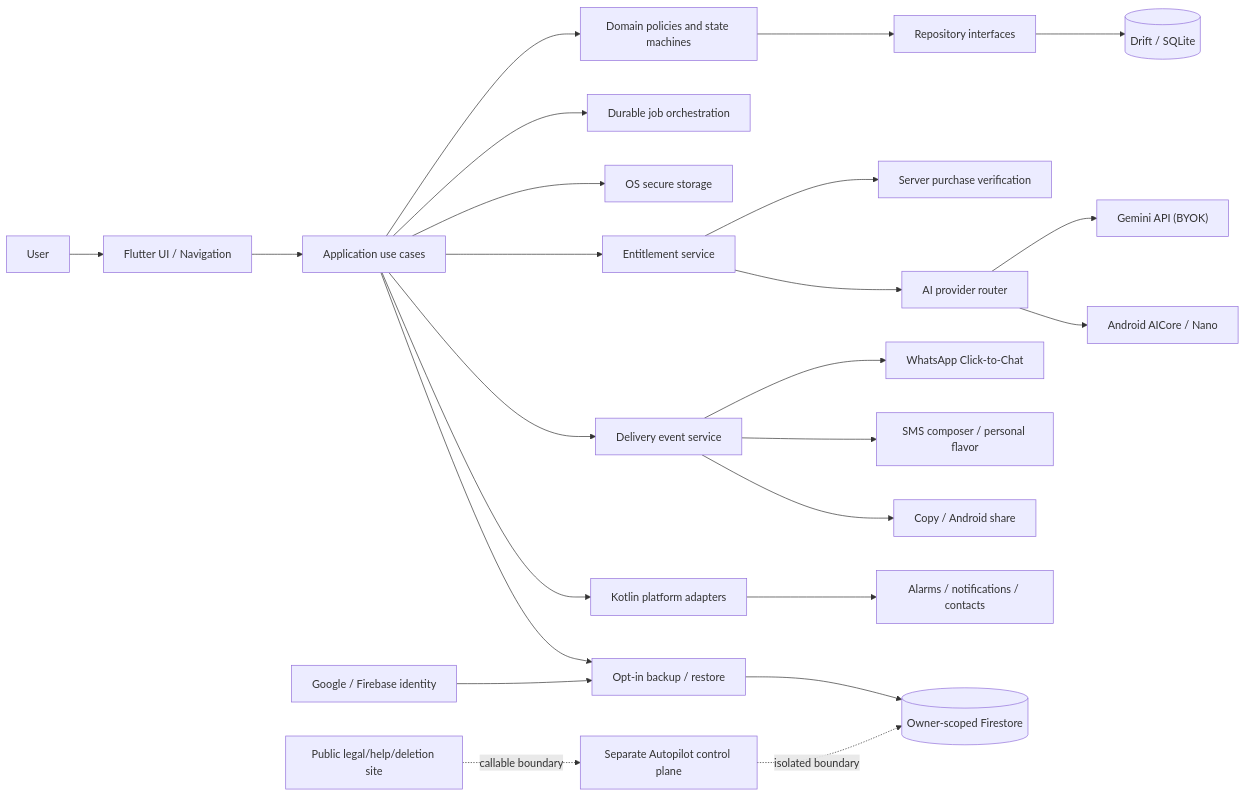
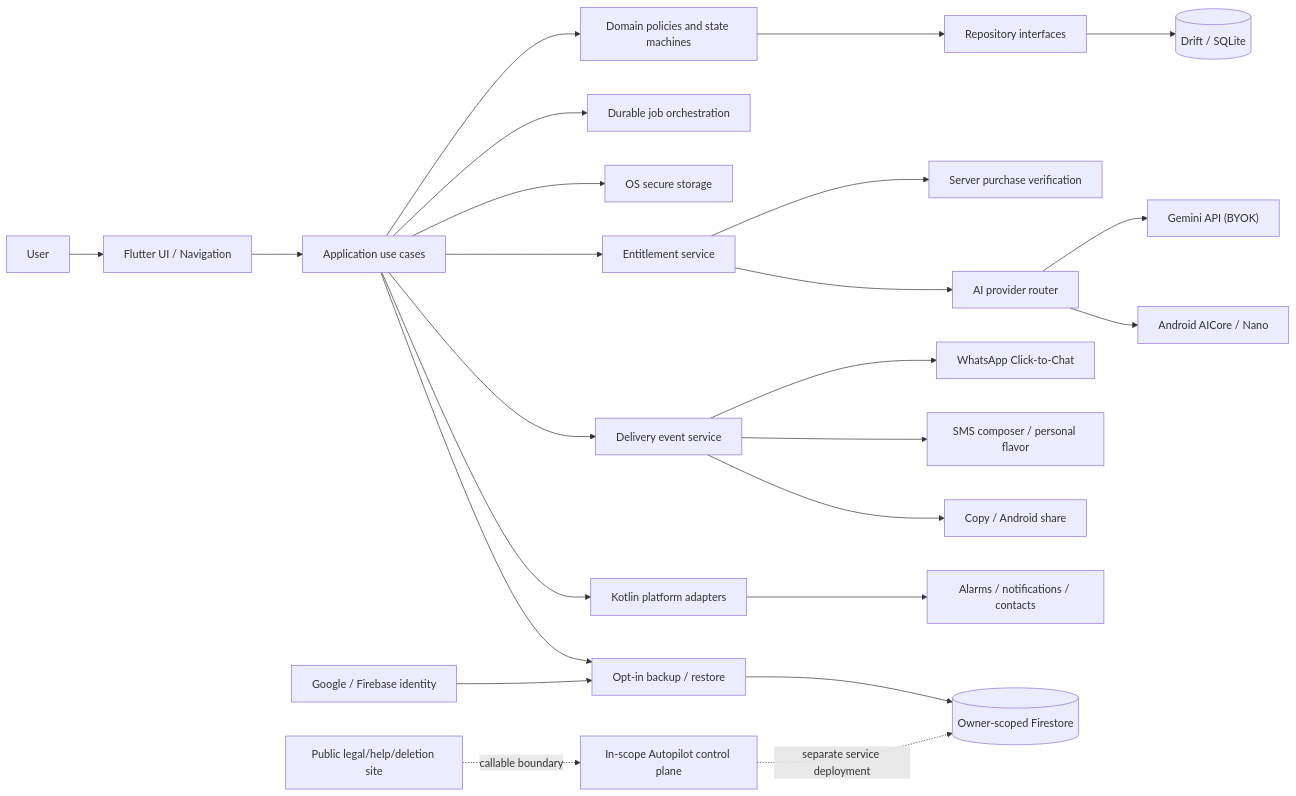
The diagram in docs/product-blueprint/diagrams/target-architecture.md (yhsomani/AI-Birthday), drawn with Mermaid before and after one commit. The commit also changed 81 other files, not shown here.

````diff
--- a/docs/product-blueprint/diagrams/target-architecture.md
+++ b/docs/product-blueprint/diagrams/target-architecture.md
@@ -5,26 +5,26 @@
 ```mermaid
 flowchart LR
   USER["User"] --> UI["Flutter UI / Navigation"]
   UI --> APP["Application use cases"]
   APP --> DOMAIN["Domain policies and state machines"]
   APP --> JOBS["Durable job orchestration"]
   DOMAIN --> REPO["Repository interfaces"]
   REPO --> DB[("Drift / SQLite")]
   APP --> VAULT["OS secure storage"]
   APP --> ENT["Entitlement service"]
   ENT --> BILL["Server purchase verification"]
   ENT --> ROUTER["AI provider router"]
   ROUTER --> GEM["Gemini API (BYOK)"]
   ROUTER --> NANO["Android AICore / Nano"]
   APP --> DELIVERY["Delivery event service"]
   DELIVERY --> WA["WhatsApp Click-to-Chat"]
   DELIVERY --> SMS["SMS composer / personal flavor"]
   DELIVERY --> SHARE["Copy / Android share"]
   APP --> NATIVE["Kotlin platform adapters"]
   NATIVE --> OS["Alarms / notifications / contacts"]
   APP --> SYNC["Opt-in backup / restore"]
   SYNC --> FIRESTORE[("Owner-scoped Firestore")]
   AUTH["Google / Firebase identity"] --> SYNC
-  CTRL["Separate Autopilot control plane"] -. isolated boundary .-> FIRESTORE
+  CTRL["In-scope Autopilot control plane"] -. "separate service deployment" .-> FIRESTORE
   WEB["Public legal/help/deletion site"] -. callable boundary .-> CTRL
 ```
````
